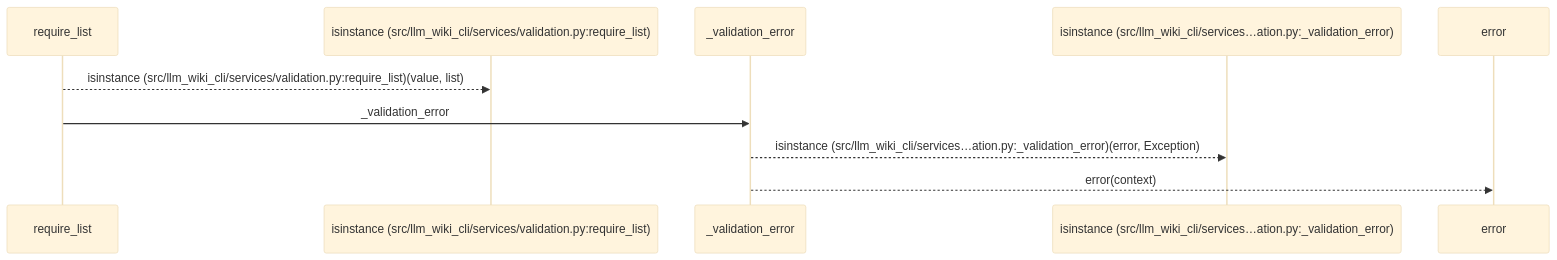
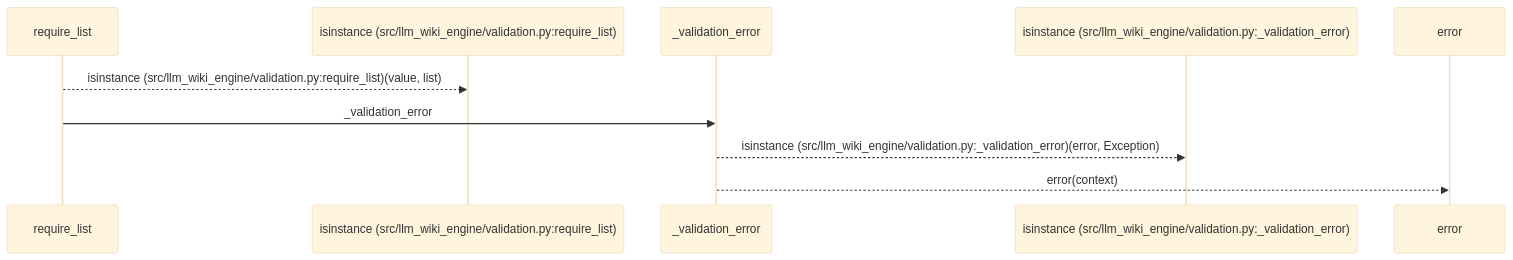
Before and after one commit to Denissvgn/python-wiki-llm: the first of 2 diagrams in docs/llm_wiki/flows/api-require_list.md, drawn with Mermaid (base theme). The commit also changed other lines of this file and 1103 other files, not shown here.

First line of the commit message:
docs: refresh the wiki for the llm-wiki-engine distribution

````diff
--- a/docs/llm_wiki/flows/api-require_list.md
+++ b/docs/llm_wiki/flows/api-require_list.md
@@ -12,12 +12,12 @@
 ```mermaid
 sequenceDiagram
     participant p0 as require_list
-    participant p1 as isinstance (src/llm_wiki_cli/services/validation.py:require_list)
+    participant p1 as isinstance (src/llm_wiki_engine/validation.py:require_list)
     participant p2 as _validation_error
-    participant p3 as isinstance (src/llm_wiki_cli/services…ation.py:_validation_error)
+    participant p3 as isinstance (src/llm_wiki_engine/validation.py:_validation_error)
     participant p4 as error
-    p0-->>p1: isinstance (src/llm_wiki_cli/services/validation.py:require_list)(value, list)
+    p0-->>p1: isinstance (src/llm_wiki_engine/validation.py:require_list)(value, list)
     p0->>p2: _validation_error
-    p2-->>p3: isinstance (src/llm_wiki_cli/services…ation.py:_validation_error)(error, Exception)
+    p2-->>p3: isinstance (src/llm_wiki_engine/validation.py:_validation_error)(error, Exception)
     p2-->>p4: error(context)
 ```
````
